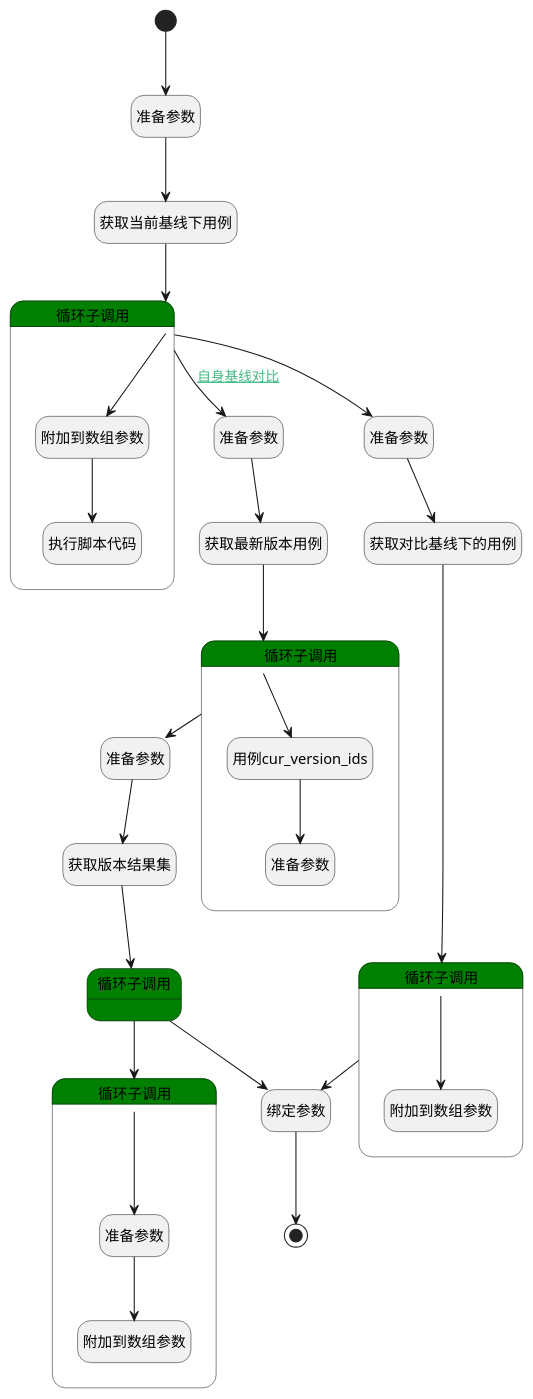
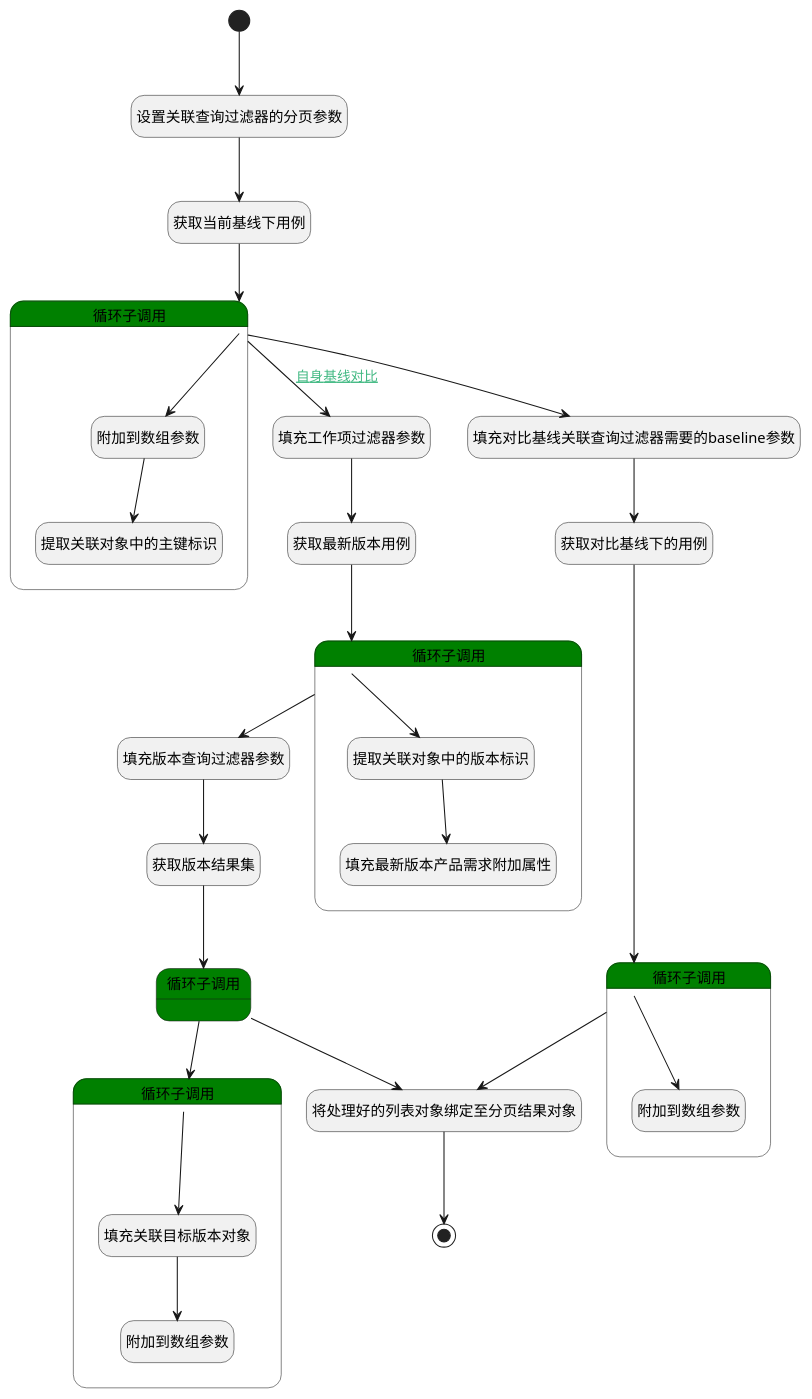
Before and after one commit to iBizLab/plm: the diagram in doc/docsify/module/TestMgmt/baseline_test_case/logic/baseline_comparison.md, drawn with PlantUML. The commit also changed other lines of this file and 1068 other files, not shown here.

````diff
--- a/doc/docsify/module/TestMgmt/baseline_test_case/logic/baseline_comparison.md
+++ b/doc/docsify/module/TestMgmt/baseline_test_case/logic/baseline_comparison.md
@@ -7,67 +7,67 @@
 ```plantuml
 @startuml
 hide empty description
 <style>
 root {
   HyperlinkColor #42b983
 }
 </style>
 
 hide empty description
 state "开始" as Begin <<start>> [[$./baseline_comparison#begin {"开始"}]]
-state "准备参数" as PREPAREPARAM2  [[$./baseline_comparison#prepareparam2 {"准备参数"}]]
+state "设置关联查询过滤器的分页参数" as PREPAREPARAM2  [[$./baseline_comparison#prepareparam2 {"设置关联查询过滤器的分页参数"}]]
 state "获取当前基线下用例" as DEDATASET1  [[$./baseline_comparison#dedataset1 {"获取当前基线下用例"}]]
-state "准备参数" as PREPAREPARAM3  [[$./baseline_comparison#prepareparam3 {"准备参数"}]]
-state "准备参数" as PREPAREPARAM1  [[$./baseline_comparison#prepareparam1 {"准备参数"}]]
+state "填充工作项过滤器参数" as PREPAREPARAM3  [[$./baseline_comparison#prepareparam3 {"填充工作项过滤器参数"}]]
+state "填充对比基线关联查询过滤器需要的baseline参数" as PREPAREPARAM1  [[$./baseline_comparison#prepareparam1 {"填充对比基线关联查询过滤器需要的baseline参数"}]]
 state "获取对比基线下的用例" as DEDATASET2  [[$./baseline_comparison#dedataset2 {"获取对比基线下的用例"}]]
 state "获取最新版本用例" as DEDATASET3  [[$./baseline_comparison#dedataset3 {"获取最新版本用例"}]]
-state "准备参数" as PREPAREPARAM5  [[$./baseline_comparison#prepareparam5 {"准备参数"}]]
-state "绑定参数" as BINDPARAM1  [[$./baseline_comparison#bindparam1 {"绑定参数"}]]
+state "填充版本查询过滤器参数" as PREPAREPARAM5  [[$./baseline_comparison#prepareparam5 {"填充版本查询过滤器参数"}]]
+state "将处理好的列表对象绑定至分页结果对象" as BINDPARAM1  [[$./baseline_comparison#bindparam1 {"将处理好的列表对象绑定至分页结果对象"}]]
 state "获取版本结果集" as DEDATASET4  [[$./baseline_comparison#dedataset4 {"获取版本结果集"}]]
 state "结束" as END1 <<end>> [[$./baseline_comparison#end1 {"结束"}]]
 state "循环子调用" as LOOPSUBCALL1  [[$./baseline_comparison#loopsubcall1 {"循环子调用"}]] #green {
 state "附加到数组参数" as APPENDPARAM2  [[$./baseline_comparison#appendparam2 {"附加到数组参数"}]]
-state "执行脚本代码" as RAWSFCODE1  [[$./baseline_comparison#rawsfcode1 {"执行脚本代码"}]]
+state "提取关联对象中的主键标识" as RAWSFCODE1  [[$./baseline_comparison#rawsfcode1 {"提取关联对象中的主键标识"}]]
 }
 state "循环子调用" as LOOPSUBCALL2  [[$./baseline_comparison#loopsubcall2 {"循环子调用"}]] #green {
 state "附加到数组参数" as APPENDPARAM3  [[$./baseline_comparison#appendparam3 {"附加到数组参数"}]]
 }
 state "循环子调用" as LOOPSUBCALL3  [[$./baseline_comparison#loopsubcall3 {"循环子调用"}]] #green {
-state "用例cur_version_ids" as RAWSFCODE2  [[$./baseline_comparison#rawsfcode2 {"用例cur_version_ids"}]]
-state "准备参数" as PREPAREPARAM7  [[$./baseline_comparison#prepareparam7 {"准备参数"}]]
+state "提取关联对象中的版本标识" as RAWSFCODE2  [[$./baseline_comparison#rawsfcode2 {"提取关联对象中的版本标识"}]]
+state "填充最新版本产品需求附加属性" as PREPAREPARAM7  [[$./baseline_comparison#prepareparam7 {"填充最新版本产品需求附加属性"}]]
 }
 state "循环子调用" as LOOPSUBCALL4  [[$./baseline_comparison#loopsubcall4 {"循环子调用"}]] #green {
 }
 state "循环子调用" as LOOPSUBCALL5  [[$./baseline_comparison#loopsubcall5 {"循环子调用"}]] #green {
-state "准备参数" as PREPAREPARAM6  [[$./baseline_comparison#prepareparam6 {"准备参数"}]]
+state "填充关联目标版本对象" as PREPAREPARAM6  [[$./baseline_comparison#prepareparam6 {"填充关联目标版本对象"}]]
 state "附加到数组参数" as APPENDPARAM4  [[$./baseline_comparison#appendparam4 {"附加到数组参数"}]]
 }
 
 
 Begin --> PREPAREPARAM2
 PREPAREPARAM2 --> DEDATASET1
 DEDATASET1 --> LOOPSUBCALL1
 LOOPSUBCALL1 --> PREPAREPARAM1
 PREPAREPARAM1 --> DEDATASET2
 DEDATASET2 --> LOOPSUBCALL2
 LOOPSUBCALL2 --> BINDPARAM1
 BINDPARAM1 --> END1
 LOOPSUBCALL2 --> APPENDPARAM3
 LOOPSUBCALL1 --> APPENDPARAM2
 APPENDPARAM2 --> RAWSFCODE1
 LOOPSUBCALL1 --> PREPAREPARAM3 : [[$./baseline_comparison#loopsubcall1-prepareparam3{自身基线对比} 自身基线对比]]
 PREPAREPARAM3 --> DEDATASET3
 DEDATASET3 --> LOOPSUBCALL3
 LOOPSUBCALL3 --> RAWSFCODE2
 RAWSFCODE2 --> PREPAREPARAM7
 LOOPSUBCALL3 --> PREPAREPARAM5
 PREPAREPARAM5 --> DEDATASET4
 DEDATASET4 --> LOOPSUBCALL4
 LOOPSUBCALL4 --> LOOPSUBCALL5
 LOOPSUBCALL5 --> PREPAREPARAM6
 PREPAREPARAM6 --> APPENDPARAM4
 LOOPSUBCALL4 --> BINDPARAM1
 
 
 @enduml
 ```
````
